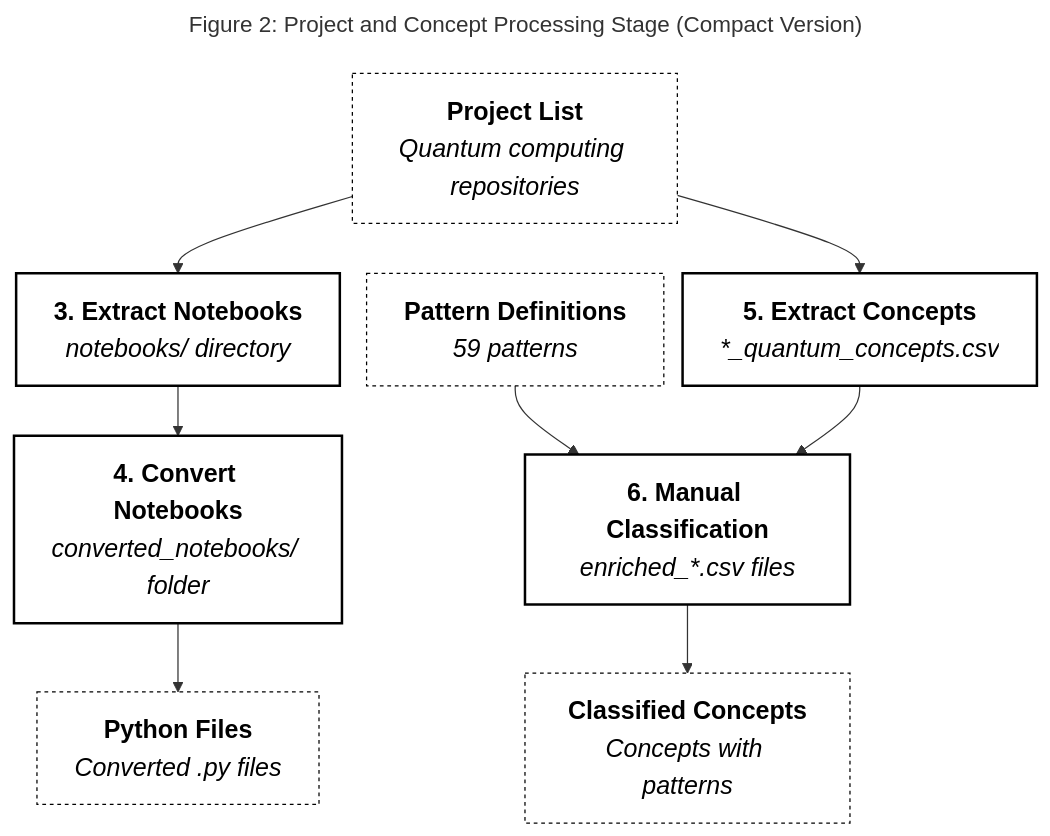
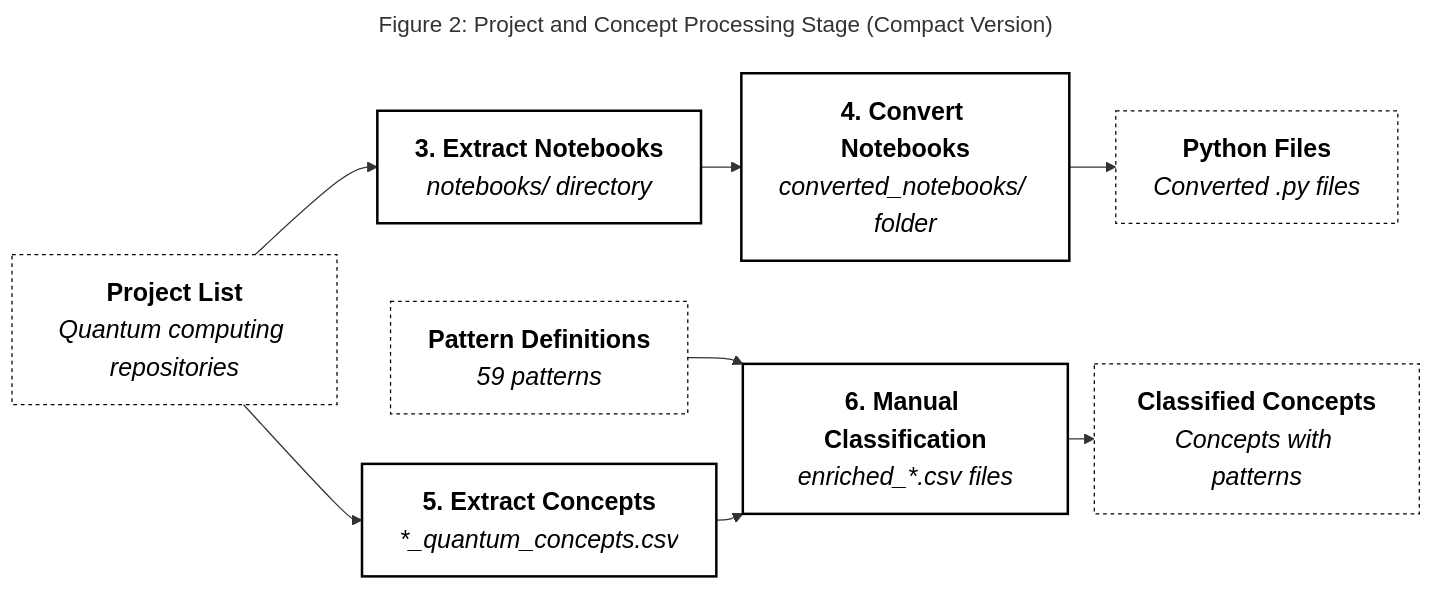
One commit to ramalhoneilson/qpa changed the diagram in docs/diagram2.mermaid. Above: the diagram before and after it, drawn with Mermaid. The commit also changed 15 other files, not shown here.

```diff
--- a/docs/diagram2.mermaid
+++ b/docs/diagram2.mermaid
@@ -1,36 +1,36 @@
 ---
 title: 'Figure 2: Project and Concept Processing Stage (Compact Version)'
 ---
-%%{init: {'flowchart': {'nodeSpacing': 15, 'rankSpacing': 40}}}%%
+%%{init: {'flowchart': {'nodeSpacing': 40, 'rankSpacing': 20}}}%%
 %% nodeSpacing controls horizontal space between nodes
 %% rankSpacing controls vertical space between ranks
 
-graph TD
+graph LR
 %% Input Data Artifacts from Previous Stage
     B1[<strong>Project List</strong><br/><i>Quantum computing repositories</i>]
     A1[<strong>Pattern Definitions</strong><br/><i>59 patterns</i>]
 
 %% Processing Steps
     C[<strong>3. Extract Notebooks</strong><br/><i>notebooks/ directory</i>]
     D[<strong>4. Convert Notebooks</strong><br/><i>converted_notebooks/ folder</i>]
     E[<strong>5. Extract Concepts</strong><br/><i>*_quantum_concepts.csv</i>]
     F[<strong>6. Manual Classification</strong><br/><i>enriched_*.csv files</i>]
 
 %% Intermediate & Final Data Artifacts of this stage
     D1[<strong>Python Files</strong><br/><i>Converted .py files</i>]
     F1[<strong>Classified Concepts</strong><br/><i>Concepts with patterns</i>]
 
 %% Connections
     B1 --> C --> D --> D1
     A1 --> F --> F1
     B1 --> E --> F
 
 
 %% Styling with larger fonts
 %% Font sizes have been increased for better readability within a column.
     classDef process fill:white,color:black,stroke:black,stroke-width:2px,font-size:20px
     classDef data fill:white,color:black,stroke:black,stroke-width:1px,stroke-dasharray: 3 3,font-size:20px
 
 %% Apply styles
     class B1,A1,D1,F1 data
     class C,D,E,F process
```
